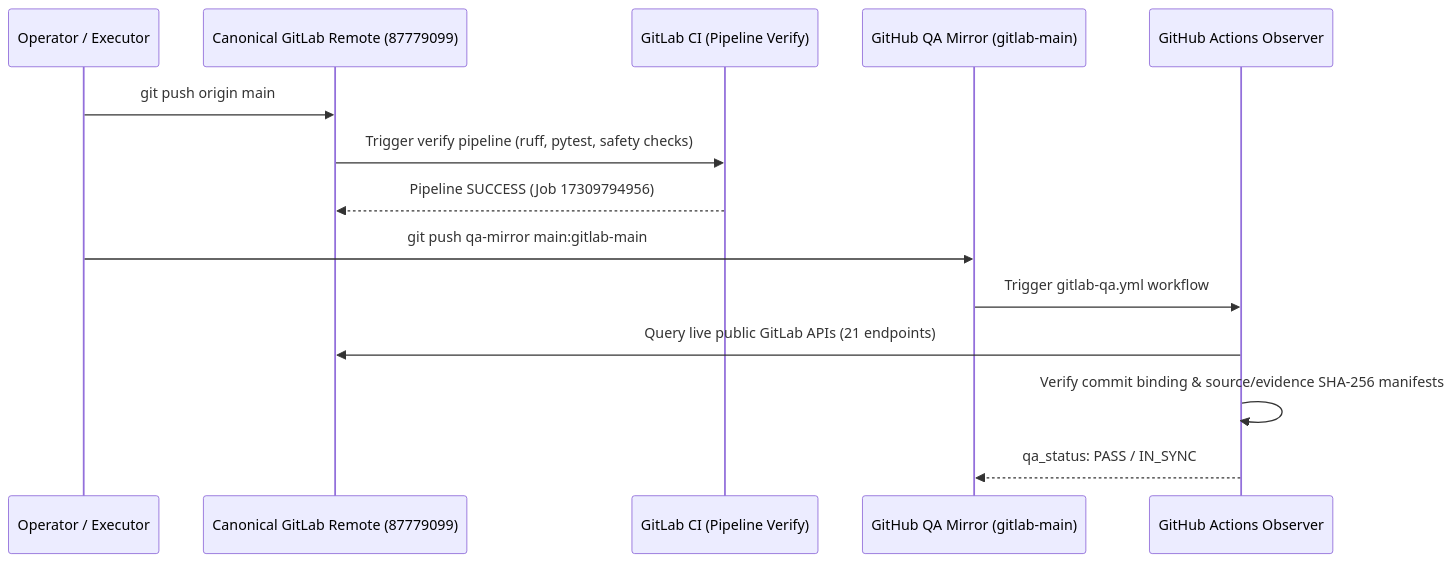
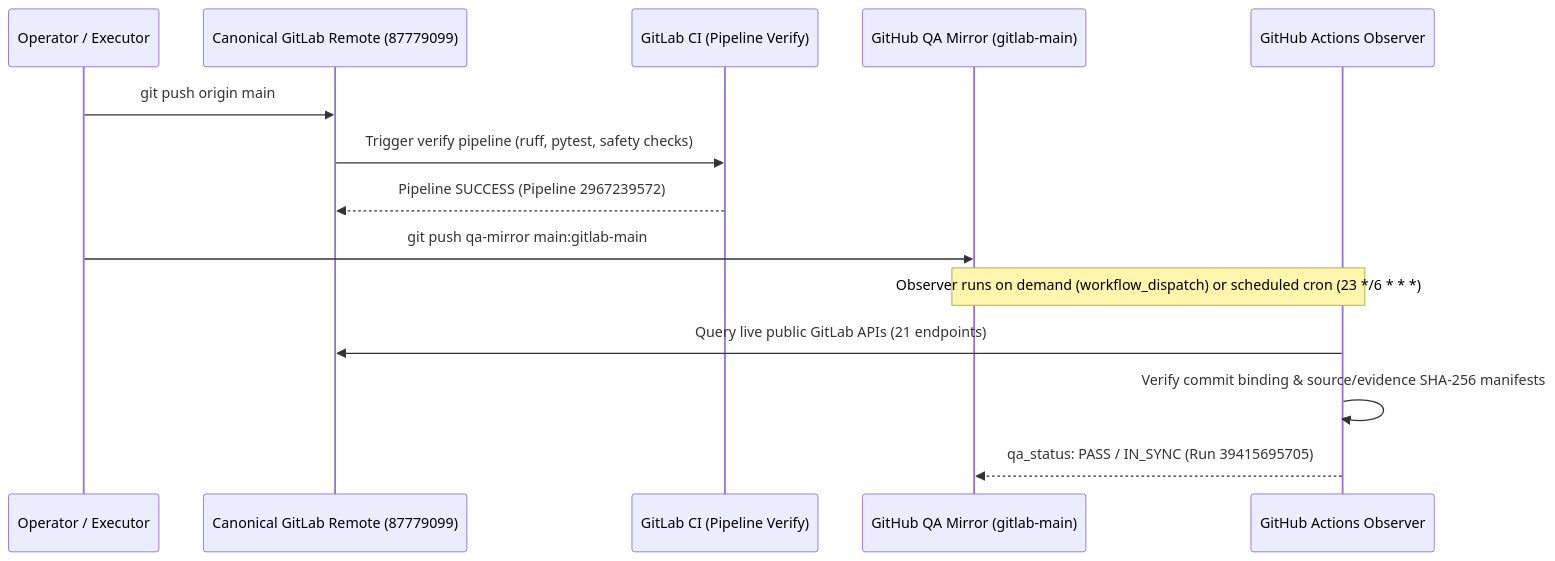
Before and after one commit to zyganali-glitch/termivance-qa-mirror: the fifth of 5 diagrams in plans/TERMIVANCE_MASTER_EXECUTION_PLAN.md, drawn with Mermaid. The commit also changed other lines of this file, not shown here.

````diff
--- a/plans/TERMIVANCE_MASTER_EXECUTION_PLAN.md
+++ b/plans/TERMIVANCE_MASTER_EXECUTION_PLAN.md
@@ -819,17 +1276,17 @@
 ```mermaid
 sequenceDiagram
     participant Dev as Operator / Executor
     participant GL as Canonical GitLab Remote (87779099)
     participant CI as GitLab CI (Pipeline Verify)
     participant GH as GitHub QA Mirror (gitlab-main)
     participant Obs as GitHub Actions Observer
 
     Dev->>GL: git push origin main
     GL->>CI: Trigger verify pipeline (ruff, pytest, safety checks)
-    CI-->>GL: Pipeline SUCCESS (Job 17309794956)
+    CI-->>GL: Pipeline SUCCESS (Pipeline 2967239572)
     Dev->>GH: git push qa-mirror main:gitlab-main
-    GH->>Obs: Trigger gitlab-qa.yml workflow
+    Note over GH,Obs: Observer runs on demand (workflow_dispatch) or scheduled cron (23 */6 * * *)
     Obs->>GL: Query live public GitLab APIs (21 endpoints)
     Obs->>Obs: Verify commit binding & source/evidence SHA-256 manifests
-    Obs-->>GH: qa_status: PASS / IN_SYNC
+    Obs-->>GH: qa_status: PASS / IN_SYNC (Run 39415695705)
 ```
````
